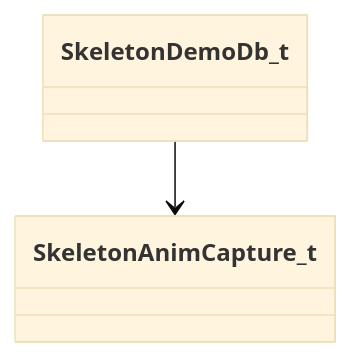
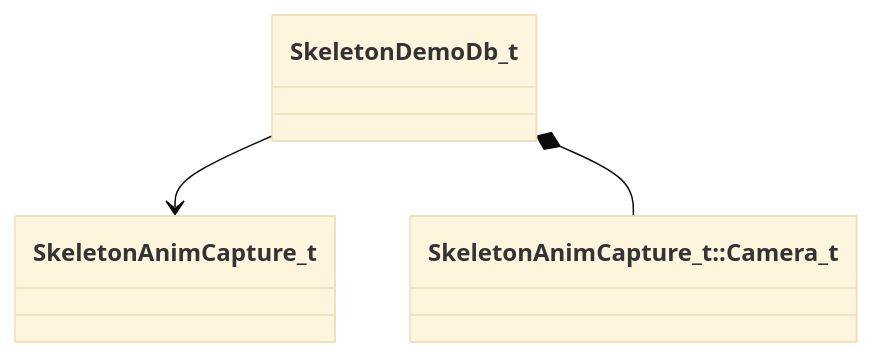
Before and after one commit to CS2OpenDev/CS2OpenDev-Docs: the diagram in docs/generated/schemas/modellib/SkeletonDemoDb_t.md, drawn with Mermaid (base theme). The commit also changed other lines of this file and 4525 other files, not shown here.

````diff
--- a/docs/generated/schemas/modellib/SkeletonDemoDb_t.md
+++ b/docs/generated/schemas/modellib/SkeletonDemoDb_t.md
@@ -15,4 +17,5 @@
 ```mermaid
 classDiagram
     SkeletonDemoDb_t --> SkeletonAnimCapture_t
+    SkeletonDemoDb_t *-- `SkeletonAnimCapture_t::Camera_t`
 ```
````
